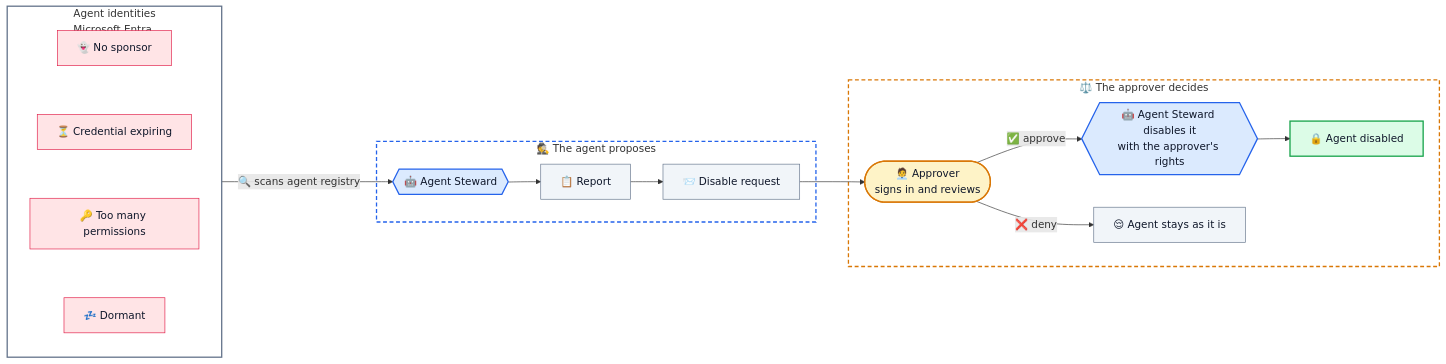
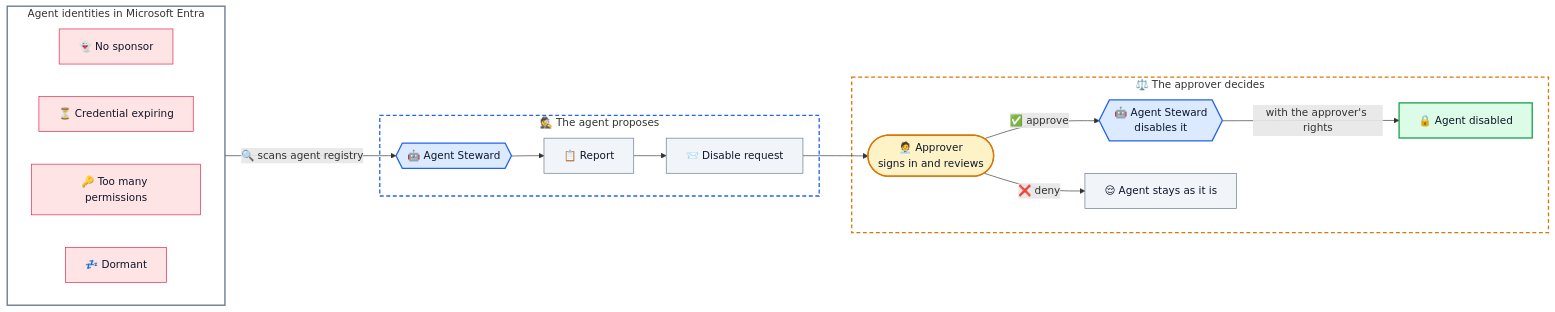
The first of 2 diagrams in README.md (alireza-mpr/agent-steward), drawn with Mermaid before and after one commit.

Commit message:
docs(readme): risks in one column, smaller executor box

````diff
--- a/README.md
+++ b/README.md
@@ -15,46 +15,45 @@
 ```mermaid
 flowchart LR
-    subgraph TENANT["Agent identities <br/> Microsoft Entra"]
-        direction TB
+    subgraph TENANT["Agent identities in Microsoft Entra"]
+        direction LR
         F1["👻 No sponsor"]
         F2["⏳ Credential expiring"]
         F3["🔑 Too many permissions"]
         F4["💤 Dormant"]
-        F1 ~~~ F2 ~~~ F3 ~~~ F4
     end
 
     subgraph PROPOSE["🕵️ The agent proposes"]
         GUARD{{"🤖 Agent Steward"}}
         REPORT["📋 Report"]
         ASK["📨 Disable request"]
         GUARD --> REPORT
         REPORT --> ASK
     end
 
     subgraph DECIDE["⚖️ The approver decides"]
         HUMAN(["🧑‍💼 Approver<br/>signs in and reviews"])
-        ACT{{"🤖 Agent Steward disables it<br/>with the approver's rights"}}
+        ACT{{"🤖 Agent Steward<br/>disables it"}}
         DISABLED["🔒 Agent disabled"]
         STAYS["😌 Agent stays as it is"]
         HUMAN -- "✅ approve" --> ACT
-        ACT --> DISABLED
+        ACT -- "with the approver's rights" --> DISABLED
         HUMAN -- "❌ deny" --> STAYS
     end
 
     TENANT -- "🔍 scans agent registry" --> GUARD
     ASK --> HUMAN
 
     classDef agent fill:#dbeafe,stroke:#2563eb,stroke-width:2px,color:#0f172a
     classDef risk fill:#ffe4e6,stroke:#e11d48,color:#0f172a
     classDef human fill:#fef3c7,stroke:#d97706,stroke-width:2px,color:#0f172a
     classDef good fill:#dcfce7,stroke:#16a34a,stroke-width:2px,color:#0f172a
     classDef calm fill:#f1f5f9,stroke:#64748b,color:#0f172a
     class GUARD,ACT agent
     class F1,F2,F3,F4 risk
     class HUMAN human
     class DISABLED good
     class REPORT,ASK,STAYS calm
     style PROPOSE fill:transparent,stroke:#2563eb,stroke-width:2px,stroke-dasharray: 6 4
     style DECIDE fill:transparent,stroke:#d97706,stroke-width:2px,stroke-dasharray: 6 4
     style TENANT fill:transparent,stroke:#64748b,stroke-width:2px
 ```
````
